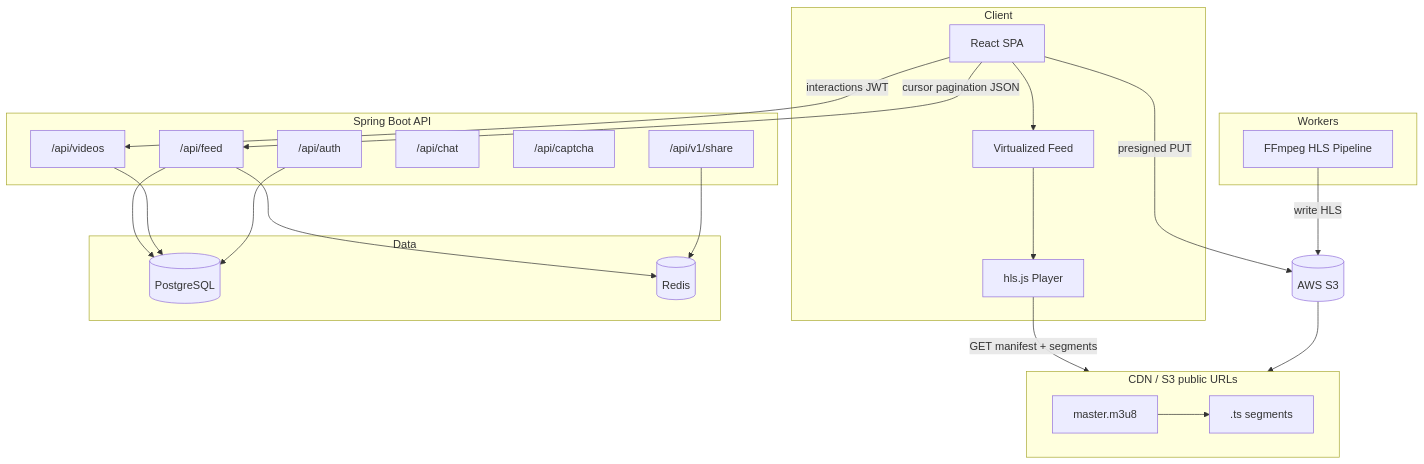
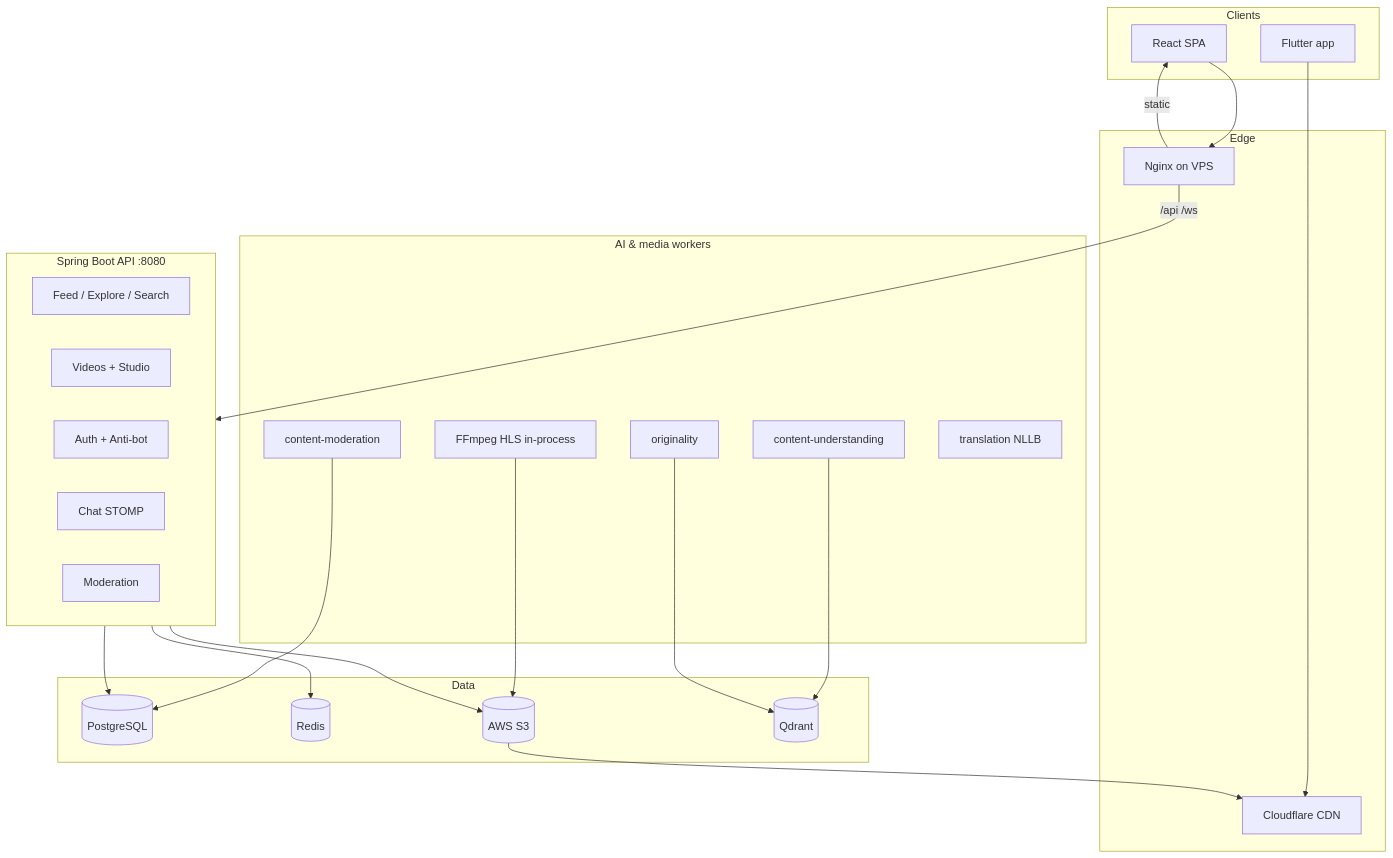
Before and after one commit to KienCuongSoftware/Vibely: the diagram in README.md, drawn with Mermaid. The commit also changed other lines of this file and 10 other files, not shown here.

````diff
--- a/README.md
+++ b/README.md
@@ -123,47 +152,48 @@
 ```mermaid
 flowchart TB
-  subgraph Client
-    UI[React SPA]
-    VF[Virtualized Feed]
-    HLS[hls.js Player]
-    UI --> VF --> HLS
+  subgraph Clients
+    WEB[React SPA]
+    MOB[Flutter app]
   end
 
-  subgraph CDN["CDN / S3 public URLs"]
-    M3U8[master.m3u8]
-    TS[.ts segments]
-    M3U8 --> TS
+  subgraph Edge
+    CF[Cloudflare CDN]
+    NGX[Nginx on VPS]
   end
 
-  subgraph API["Spring Boot API"]
-    Feed["/api/feed"]
-    Videos["/api/videos"]
-    Auth["/api/auth"]
-    Chat["/api/chat"]
-    Captcha["/api/captcha"]
-    Share["/api/v1/share"]
+  subgraph API["Spring Boot API :8080"]
+    FEED[Feed / Explore / Search]
+    VID[Videos + Studio]
+    AUTH[Auth + Anti-bot]
+    CHAT[Chat STOMP]
+    MOD[Moderation]
+  end
+
+  subgraph Workers["AI & media workers"]
+    FF[FFmpeg HLS in-process]
+    CU[content-understanding]
+    OR[originality]
+    CM[content-moderation]
+    TR[translation NLLB]
   end
 
   subgraph Data
     PG[(PostgreSQL)]
     RD[(Redis)]
+    S3[(AWS S3)]
+    QD[(Qdrant)]
   end
 
-  subgraph Workers
-    FF[FFmpeg HLS Pipeline]
-  end
-
-  S3[(AWS S3)]
-
-  HLS -->|GET manifest + segments| CDN
-  UI -->|cursor pagination JSON| Feed
-  UI -->|interactions JWT| Videos
-  Feed --> PG
-  Feed --> RD
-  Share --> RD
-  Videos --> PG
-  Auth --> PG
-  FF -->|write HLS| S3
-  S3 --> CDN
-  UI -->|presigned PUT| S3
+  WEB --> NGX
+  MOB --> CF
+  NGX -->|/api /ws| API
+  NGX -->|static| WEB
+  API --> PG
+  API --> RD
+  API --> S3
+  FF --> S3
+  CU --> QD
+  OR --> QD
+  CM --> PG
+  S3 --> CF
 ```
````
